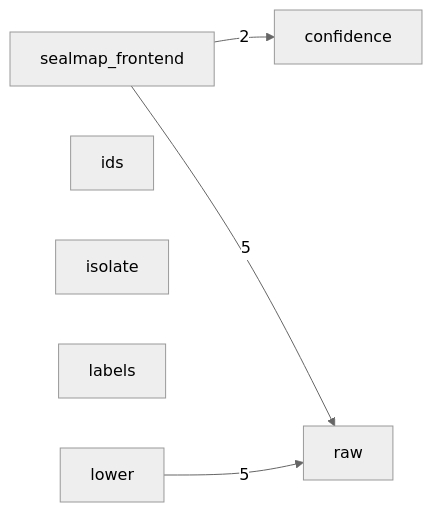
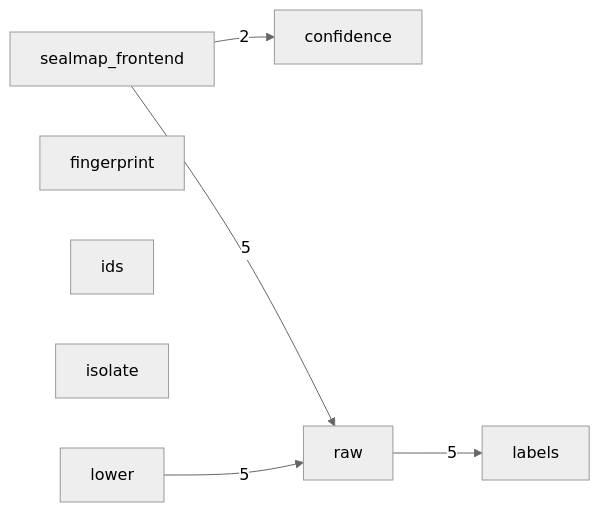
Before and after one commit to DreamLab-AI/codemaid: the third of 12 diagrams in docs/sealmap/_overview.md, drawn with Mermaid (neutral theme). The commit also changed other lines of this file and 45 other files, not shown here.

First line of the commit message:
docs: regenerate the self-corpus for sym: ids and schema v2

````diff
--- a/docs/sealmap/_overview.md
+++ b/docs/sealmap/_overview.md
@@ -98,13 +103,15 @@
 ```mermaid
 flowchart LR
   sealmap_frontend["sealmap_frontend"]
   sealmap_frontend__confidence["confidence"]
+  sealmap_frontend__fingerprint["fingerprint"]
   sealmap_frontend__ids["ids"]
   sealmap_frontend__isolate["isolate"]
   sealmap_frontend__labels["labels"]
   sealmap_frontend__lower["lower"]
   sealmap_frontend__raw["raw"]
   sealmap_frontend -->|"2"| sealmap_frontend__confidence
   sealmap_frontend -->|"5"| sealmap_frontend__raw
   sealmap_frontend__lower -->|"5"| sealmap_frontend__raw
+  sealmap_frontend__raw -->|"5"| sealmap_frontend__labels
 ```
````
